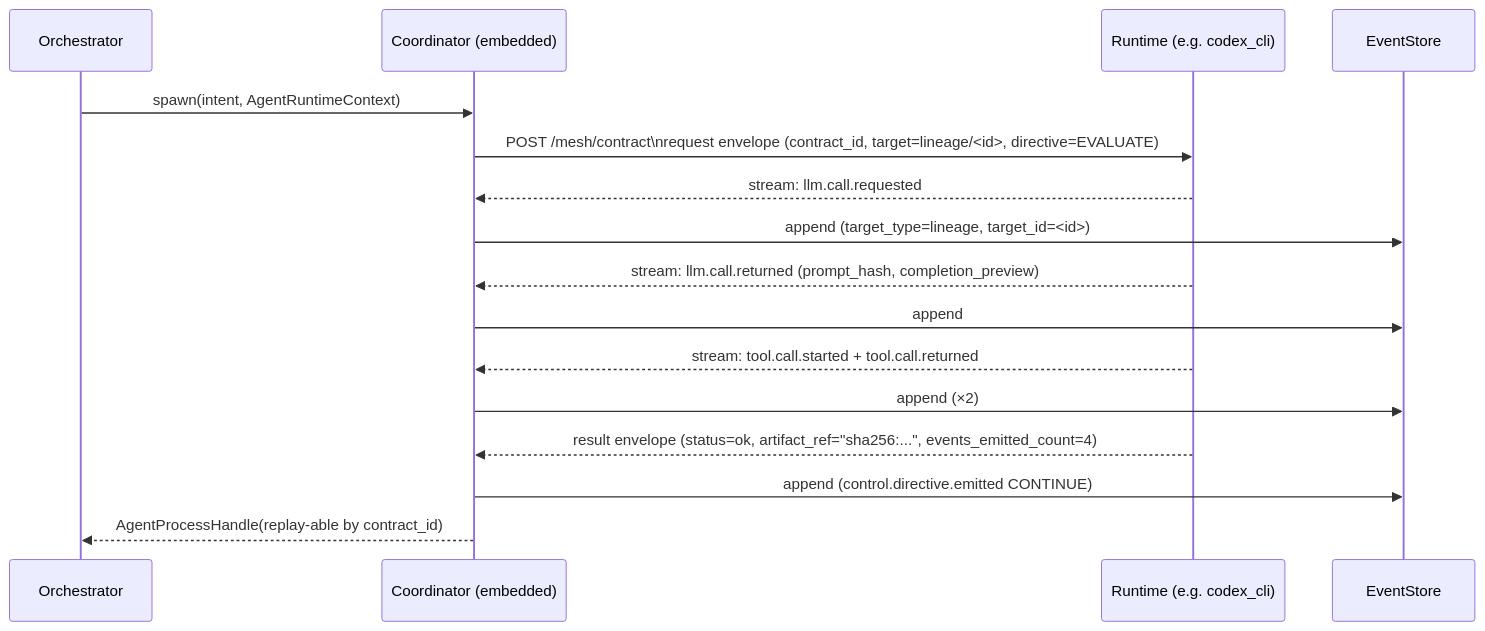
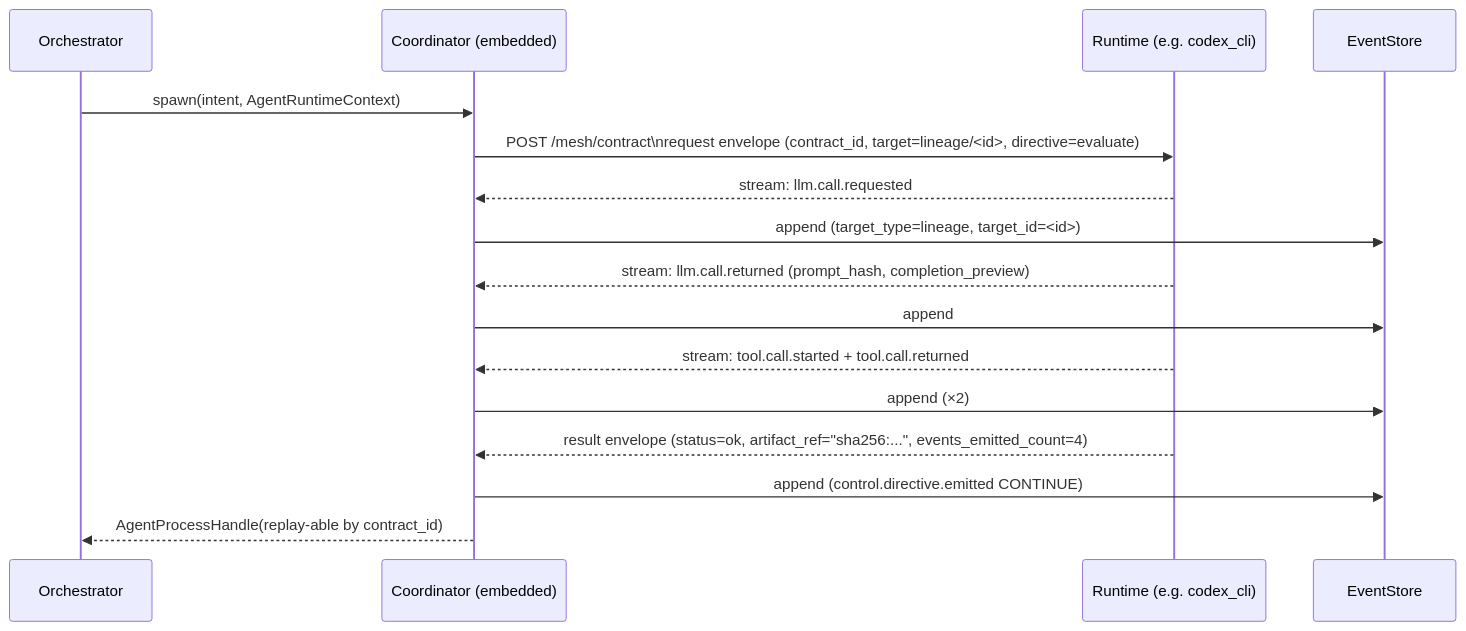
The diagram in docs/rfc/mesh.md (Q00/ouroboros), drawn with Mermaid before and after one commit. The commit also changed other lines of this file, not shown here.

First line of the commit message:
Align mesh retry and timeout semantics

````diff
--- a/docs/rfc/mesh.md
+++ b/docs/rfc/mesh.md
@@ -178,19 +178,19 @@
 ```mermaid
 sequenceDiagram
     participant O as Orchestrator
     participant C as Coordinator (embedded)
     participant R as Runtime (e.g. codex_cli)
     participant E as EventStore
 
     O->>C: spawn(intent, AgentRuntimeContext)
-    C->>R: POST /mesh/contract\nrequest envelope (contract_id, target=lineage/<id>, directive=EVALUATE)
+    C->>R: POST /mesh/contract\nrequest envelope (contract_id, target=lineage/<id>, directive=evaluate)
     R-->>C: stream: llm.call.requested
     C->>E: append (target_type=lineage, target_id=<id>)
     R-->>C: stream: llm.call.returned (prompt_hash, completion_preview)
     C->>E: append
     R-->>C: stream: tool.call.started + tool.call.returned
     C->>E: append (×2)
     R-->>C: result envelope (status=ok, artifact_ref="sha256:...", events_emitted_count=4)
     C->>E: append (control.directive.emitted CONTINUE)
     C-->>O: AgentProcessHandle(replay-able by contract_id)
 ```
````
